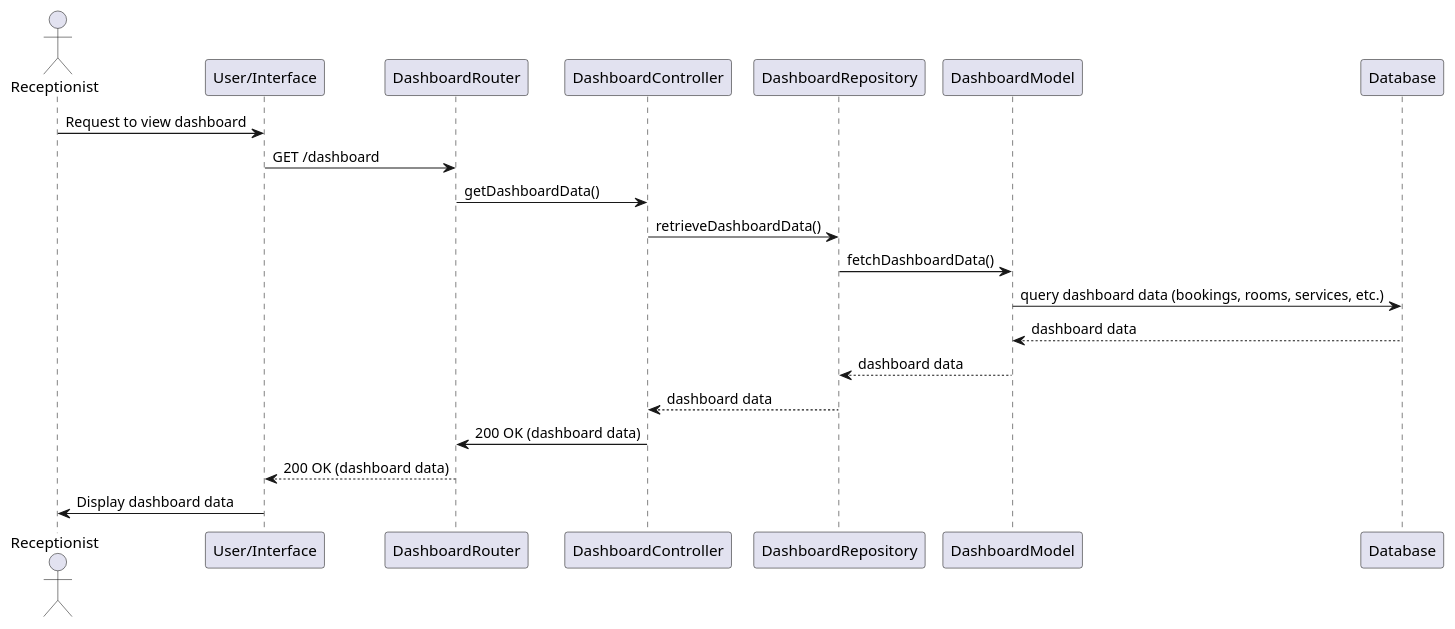
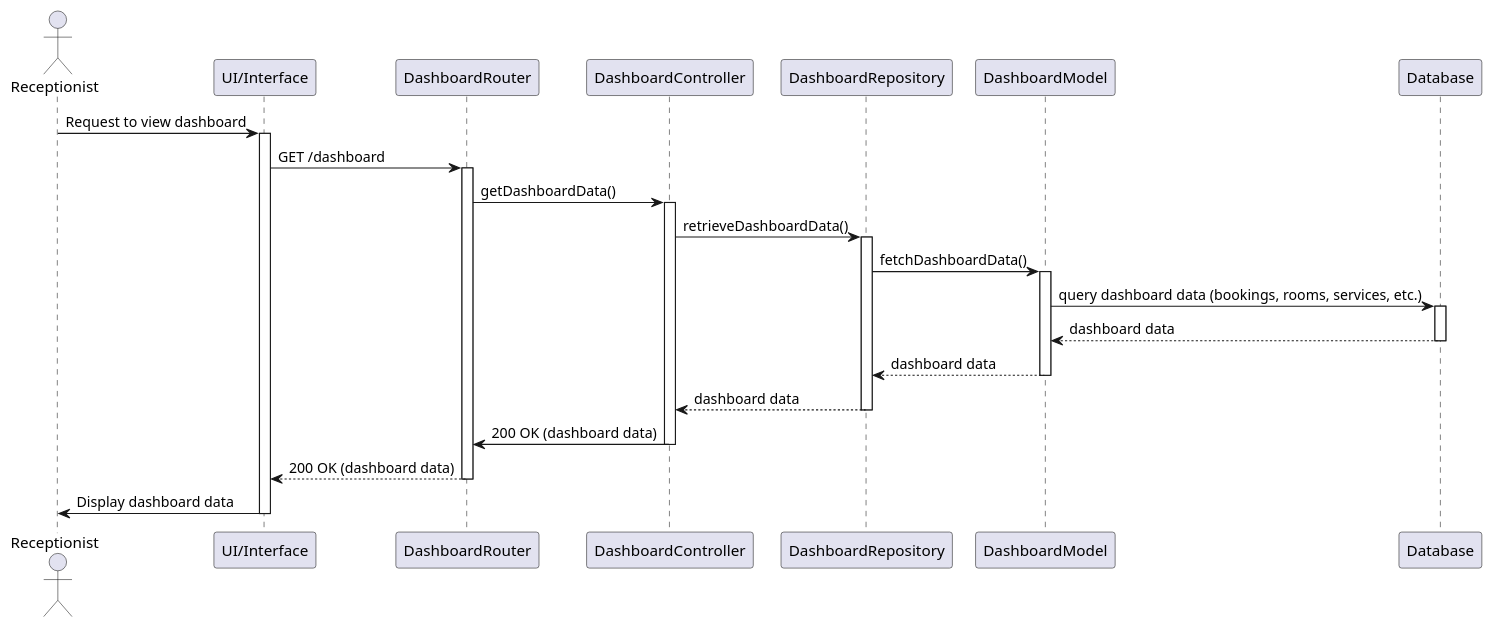
Before and after one commit to trongend123/HuongSen: the diagram in backend/ClassDiagram/Sequence_Receptionist/View_dashBoard.puml, drawn with PlantUML. The commit also changed 162 other files, not shown here.

Commit message:
add sequence

```diff
--- a/backend/ClassDiagram/Sequence_Receptionist/View_dashBoard.puml
+++ b/backend/ClassDiagram/Sequence_Receptionist/View_dashBoard.puml
@@ -1,24 +1,36 @@
 @startuml
 actor Receptionist
-participant "User/Interface" as UI
+participant "UI/Interface" as UI
 participant "DashboardRouter" as Router
 participant "DashboardController" as Controller
 participant "DashboardRepository" as Repository
 participant "DashboardModel" as DashboardModel
 participant "Database" as DB
 
 Receptionist -> UI: Request to view dashboard
+activate UI
 UI -> Router: GET /dashboard
+activate Router
 Router -> Controller: getDashboardData()
+activate Controller
 Controller -> Repository: retrieveDashboardData()
+activate Repository
 
 Repository -> DashboardModel: fetchDashboardData()
+activate DashboardModel
 DashboardModel -> DB: query dashboard data (bookings, rooms, services, etc.)
+activate DB
 DB --> DashboardModel: dashboard data
+deactivate DB
 DashboardModel --> Repository: dashboard data
+deactivate DashboardModel
 Repository --> Controller: dashboard data
+deactivate Repository
 
 Controller -> Router: 200 OK (dashboard data)
+deactivate Controller
 Router --> UI: 200 OK (dashboard data)
+deactivate Router
 UI -> Receptionist: Display dashboard data
+deactivate UI
 @enduml
```
